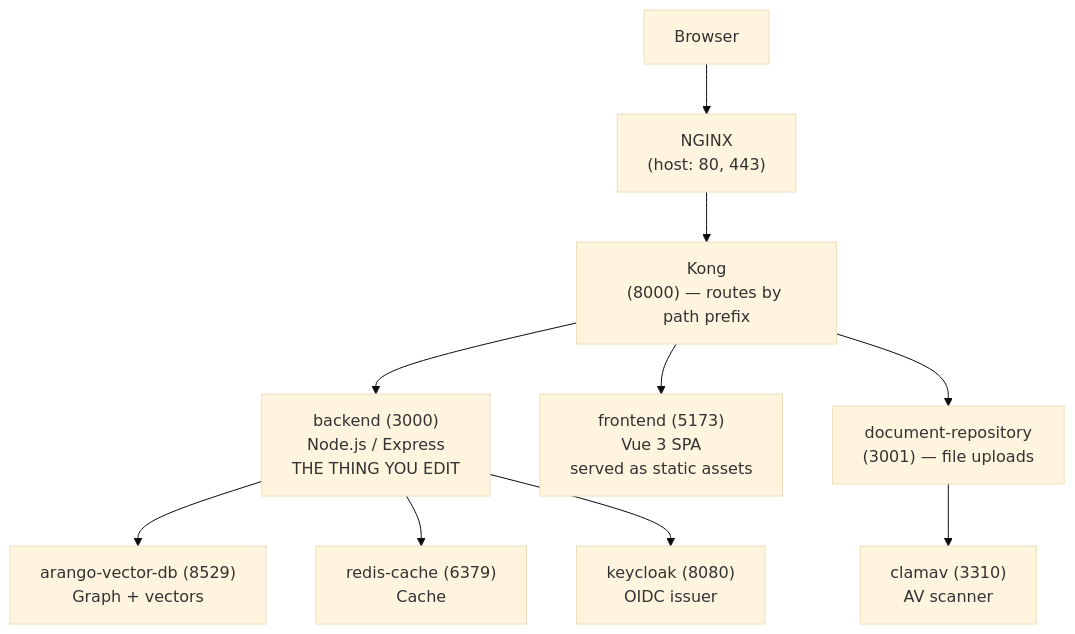
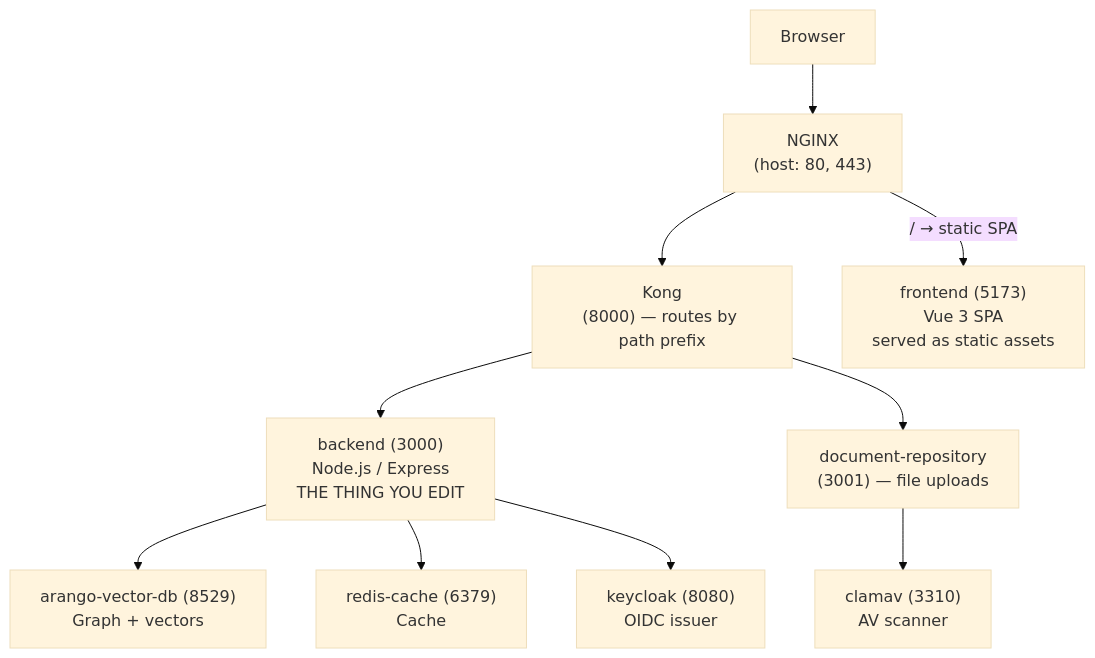
One commit to jrevillard/genie-ai-replica changed the diagram in site/content/en/docs/get-started/quickstart-developer.md. Above: the diagram before and after it, drawn with Mermaid (base theme). The commit also changed 1 other file, not shown here.

Commit message:
fix(docs): correct 3 Mermaid architecture errors found by Wave 69 audit
Wave 69 (single-agent, parallel structure oversight) caught three
errors Wave 68 missed:

P0-1 — JWT validation misattributed to ArangoDB in the Auth sequence
diagram (integration-architecture.md L909-930). The diagram had
`participant DB as ArangoDB` then drew `B->>DB: 8. Validate JWT
against JWKS`. Real validation fetches JWKS from Keycloak via
`createRemoteJWKSet` (keycloak-auth-service.js:59) — ArangoDB
does not implement JWKS. Fixed by adding the JWKS step against
Keycloak, moving the provision user step to its own DB edge, and
renumbering.

P1-1 — System Overview (integration-architecture.md L94) had
`ChatQnA --> Dataprep`. ChatQnA is query-time; Dataprep is
ingestion-time called by Document Repository. ChatQnA has no
reference to Dataprep in the source. Removed the spurious arrow.

P1-2 — quickstart-developer.md dev-stack overview had `Kong -->
Frontend`. NGINX serves the SPA via `location /` proxy to
$frontend_addr (default.conf.template L199-229); Kong is API-only
(`/api/*` and `/auth/*`). Replaced with `Nginx --> Frontend`
(`location /` for static assets).

````diff
--- a/site/content/en/docs/get-started/quickstart-developer.md
+++ b/site/content/en/docs/get-started/quickstart-developer.md
@@ -42,23 +42,23 @@
 ```mermaid
 flowchart TB
     Browser["Browser"]
     Nginx["NGINX<br/>(host: 80, 443)"]
     Kong["Kong<br/>(8000) — routes by path prefix"]
     Backend["backend (3000)<br/>Node.js / Express<br/>THE THING YOU EDIT"]
     Frontend["frontend (5173)<br/>Vue 3 SPA<br/>served as static assets"]
     DocRepo["document-repository<br/>(3001) — file uploads"]
     Arango["arango-vector-db (8529)<br/>Graph + vectors"]
     Redis["redis-cache (6379)<br/>Cache"]
     Keycloak["keycloak (8080)<br/>OIDC issuer"]
     ClamAV["clamav (3310)<br/>AV scanner"]
 
     Browser --> Nginx
     Nginx --> Kong
+    Nginx -- "/ → static SPA" --> Frontend
     Kong --> Backend
-    Kong --> Frontend
     Kong --> DocRepo
     Backend --> Arango
     Backend --> Redis
     Backend --> Keycloak
     DocRepo --> ClamAV
 ```
````
